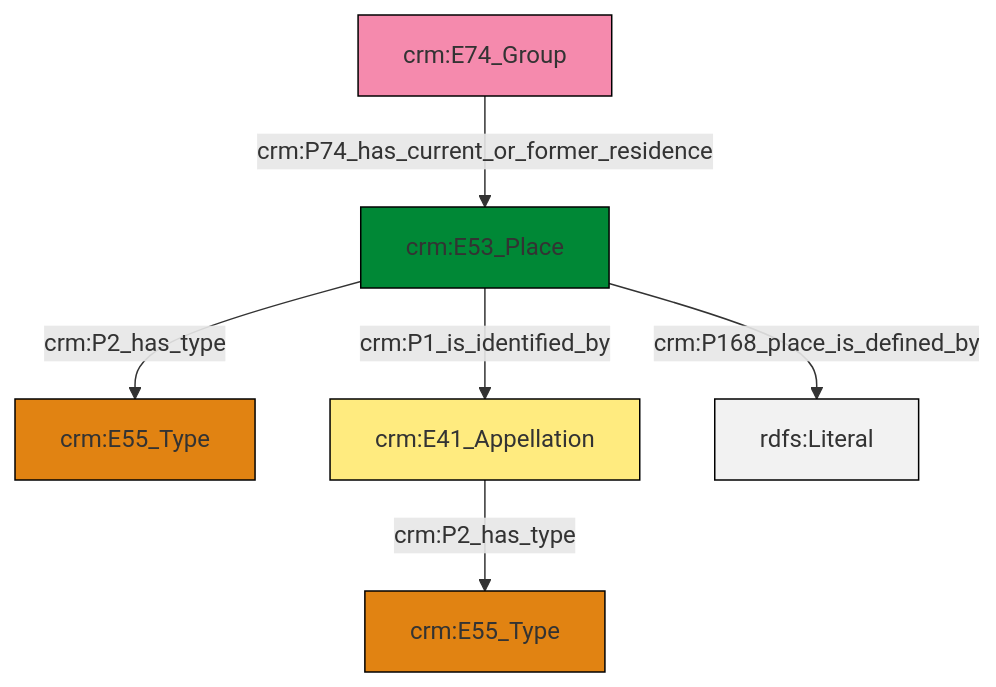
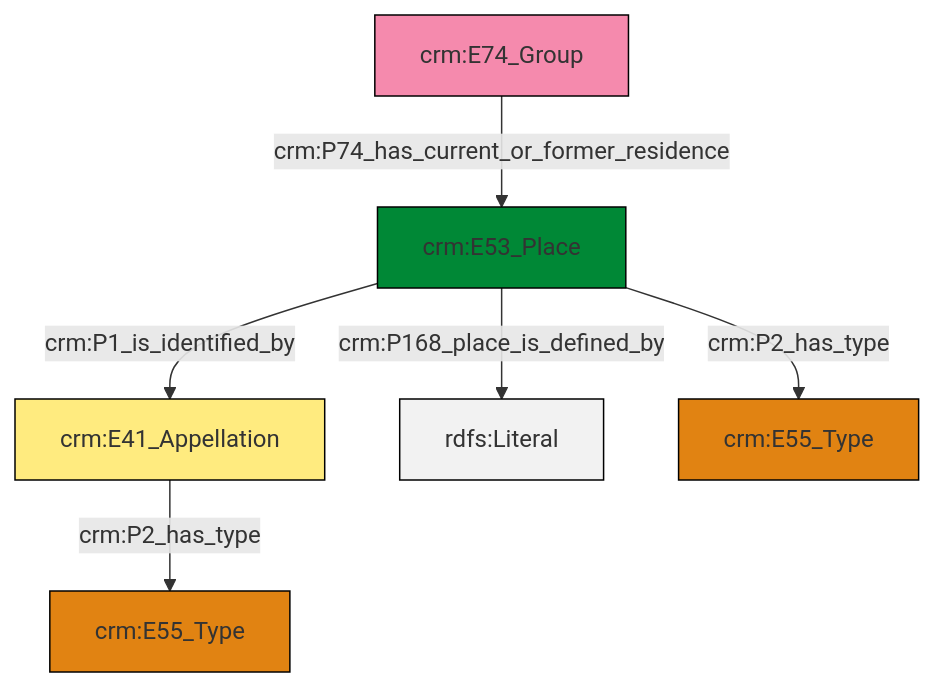
The diagram in et/groupCSV/ttl/mmd/group_location.ttl.mmd (swiss-art-research-net/docs.swissartresearch), drawn with Mermaid before and after one commit. The commit also changed 178 other files, not shown here.

```diff
--- a/et/groupCSV/ttl/mmd/group_location.ttl.mmd
+++ b/et/groupCSV/ttl/mmd/group_location.ttl.mmd
@@ -1,20 +1,20 @@
 graph TD
 classDef Literal fill:#f2f2f2,stroke:#000000;
 classDef CRM_Entity fill:#FFFFFF,stroke:#000000;
 classDef Temporal_Entity fill:#00C9E6, stroke:#000000;
 classDef Type fill:#E18312, stroke:#000000;
 classDef Time-Span fill:#2C9C91, stroke:#000000;
 classDef Appellation fill:#FFEB7F, stroke:#000000;
 classDef Place fill:#008836, stroke:#000000;
 classDef Persistent_Item fill:#B266B2, stroke:#000000;
 classDef Conceptual_Object fill:#FFD700, stroke:#000000;
 classDef Physical_Thing fill:#D2B48C, stroke:#000000;
 classDef Actor fill:#f58aad, stroke:#000000;
 classDef PC_Classes fill:#4ce600, stroke:#000000;
 classDef Multi fill:#cccccc,stroke:#000000;
 
-0["crm:E53_Place"]:::Place -->|crm:P2_has_type| 2["crm:E55_Type"]:::Type
-0["crm:E53_Place"]:::Place -->|crm:P168_place_is_defined_by| 8[rdfs:Literal]:::Literal
-0["crm:E53_Place"]:::Place -->|crm:P1_is_identified_by| 3["crm:E41_Appellation"]:::Appellation
-5["crm:E74_Group"]:::Actor -->|crm:P74_has_current_or_former_residence| 0["crm:E53_Place"]:::Place
-3["crm:E41_Appellation"]:::Appellation -->|crm:P2_has_type| 10["crm:E55_Type"]:::Type
+0["crm:E74_Group"]:::Actor -->|crm:P74_has_current_or_former_residence| 1["crm:E53_Place"]:::Place
+1["crm:E53_Place"]:::Place -->|crm:P1_is_identified_by| 4["crm:E41_Appellation"]:::Appellation
+1["crm:E53_Place"]:::Place -->|crm:P168_place_is_defined_by| 8[rdfs:Literal]:::Literal
+1["crm:E53_Place"]:::Place -->|crm:P2_has_type| 9["crm:E55_Type"]:::Type
+4["crm:E41_Appellation"]:::Appellation -->|crm:P2_has_type| 2["crm:E55_Type"]:::Type
```
